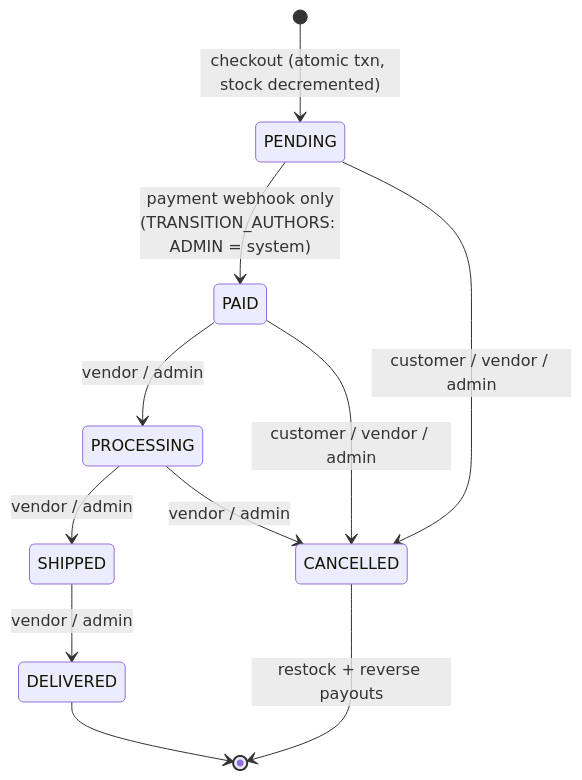
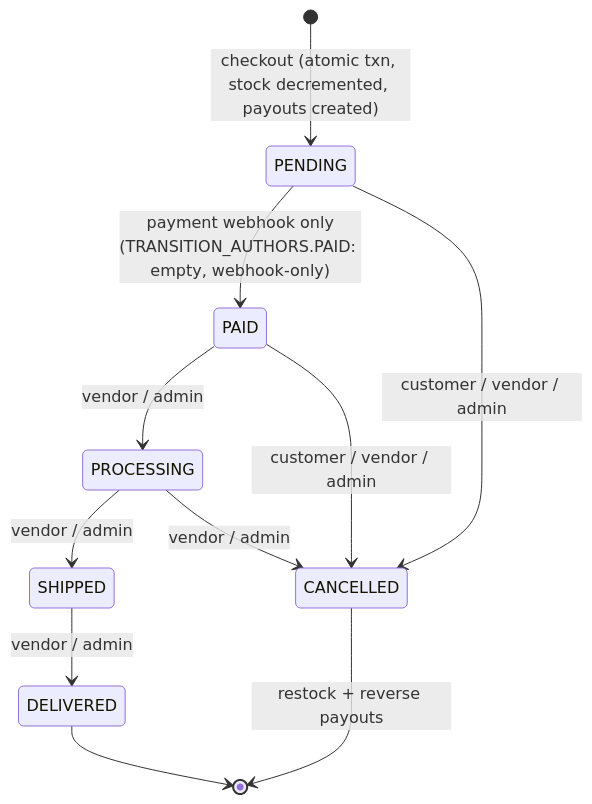
Before and after one commit to rishav579/meridian-market: the third of 3 diagrams in README.md, drawn with Mermaid. The commit also changed other lines of this file and 42 other files, not shown here.

Commit message:
fix(meridian): harden transactional checkout and payment authorization

````diff
--- a/README.md
+++ b/README.md
@@ -178,13 +178,13 @@
 ```mermaid
 stateDiagram-v2
-    [*] --> PENDING : checkout (atomic txn, stock decremented)
-    PENDING --> PAID : payment webhook only<br/>(TRANSITION_AUTHORS: ADMIN = system)
+    [*] --> PENDING : checkout (atomic txn, stock decremented, payouts created)
+    PENDING --> PAID : payment webhook only<br/>(TRANSITION_AUTHORS.PAID: empty, webhook-only)
     PENDING --> CANCELLED : customer / vendor / admin
     PAID --> PROCESSING : vendor / admin
     PAID --> CANCELLED : customer / vendor / admin
     PROCESSING --> SHIPPED : vendor / admin
     PROCESSING --> CANCELLED : vendor / admin
     SHIPPED --> DELIVERED : vendor / admin
     DELIVERED --> [*]
     CANCELLED --> [*] : restock + reverse payouts
 ```
````
